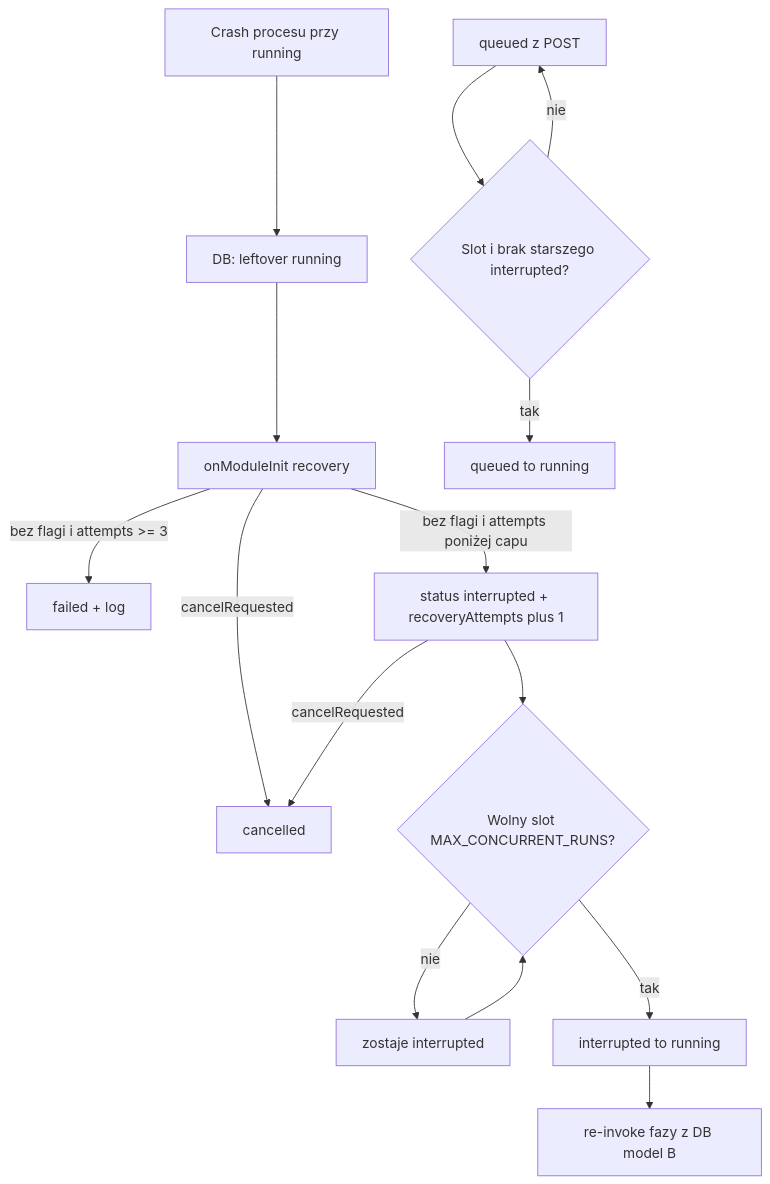
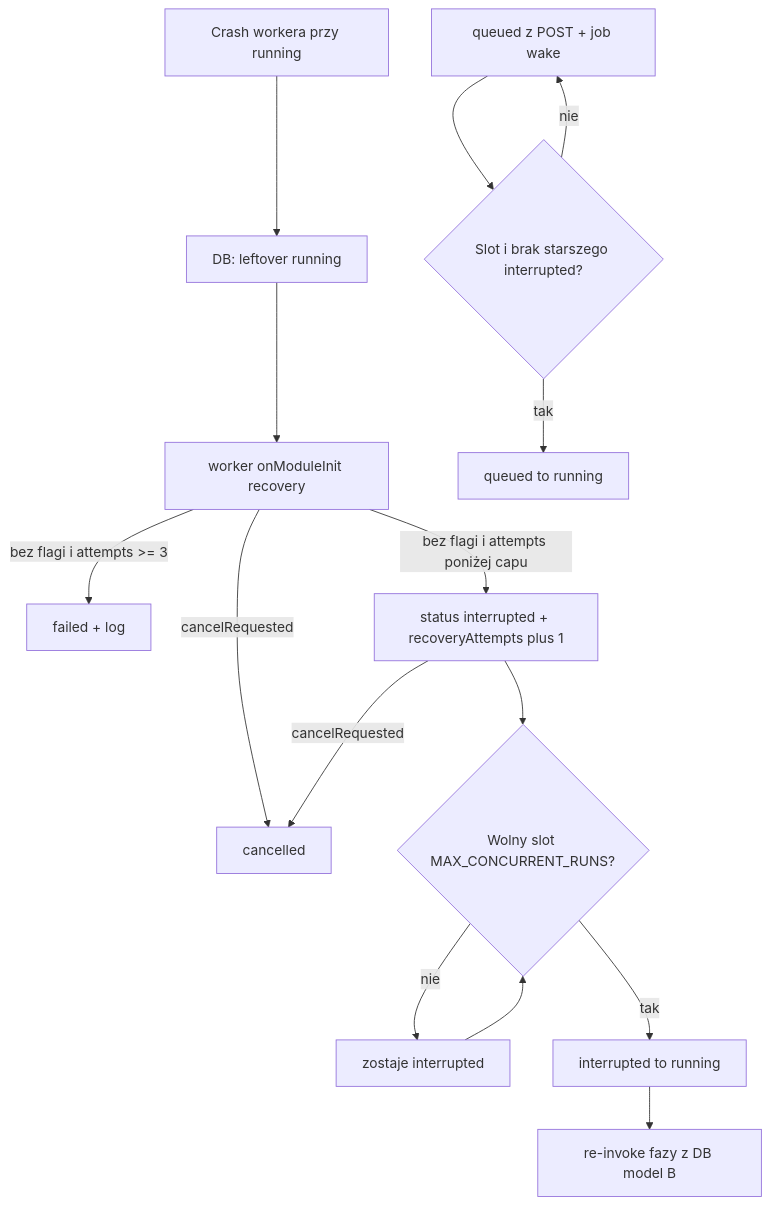
Before and after one commit to matej2314/content-chain: the sixth of 7 diagrams in docs/data_flow.md, drawn with Mermaid. The commit also changed other lines of this file and 65 other files, not shown here.

````diff
--- a/docs/data_flow.md
+++ b/docs/data_flow.md
@@ -301,17 +303,17 @@
 ```mermaid
 flowchart TB
-  Crash[Crash procesu przy running] --> Leftover[DB: leftover running]
-  Leftover --> Boot[onModuleInit recovery]
+  Crash[Crash workera przy running] --> Leftover[DB: leftover running]
+  Leftover --> Boot[worker onModuleInit recovery]
   Boot -->|cancelRequested| Cancelled[cancelled]
   Boot -->|bez flagi i attempts >= 3| Fail[failed + log]
   Boot -->|bez flagi i attempts poniżej capu| Int[status interrupted + recoveryAttempts plus 1]
   Int -->|cancelRequested| Cancelled
   Int --> Slot{Wolny slot MAX_CONCURRENT_RUNS?}
   Slot -->|nie| Wait[zostaje interrupted]
   Slot -->|tak| Claim[interrupted to running]
   Claim --> Pipe[re-invoke fazy z DB model B]
   Wait --> Slot
-  Queued[queued z POST] --> SlotQ{Slot i brak starszego interrupted?}
+  Queued[queued z POST + job wake] --> SlotQ{Slot i brak starszego interrupted?}
   SlotQ -->|tak| QRun[queued to running]
   SlotQ -->|nie| Queued
 ```
````
